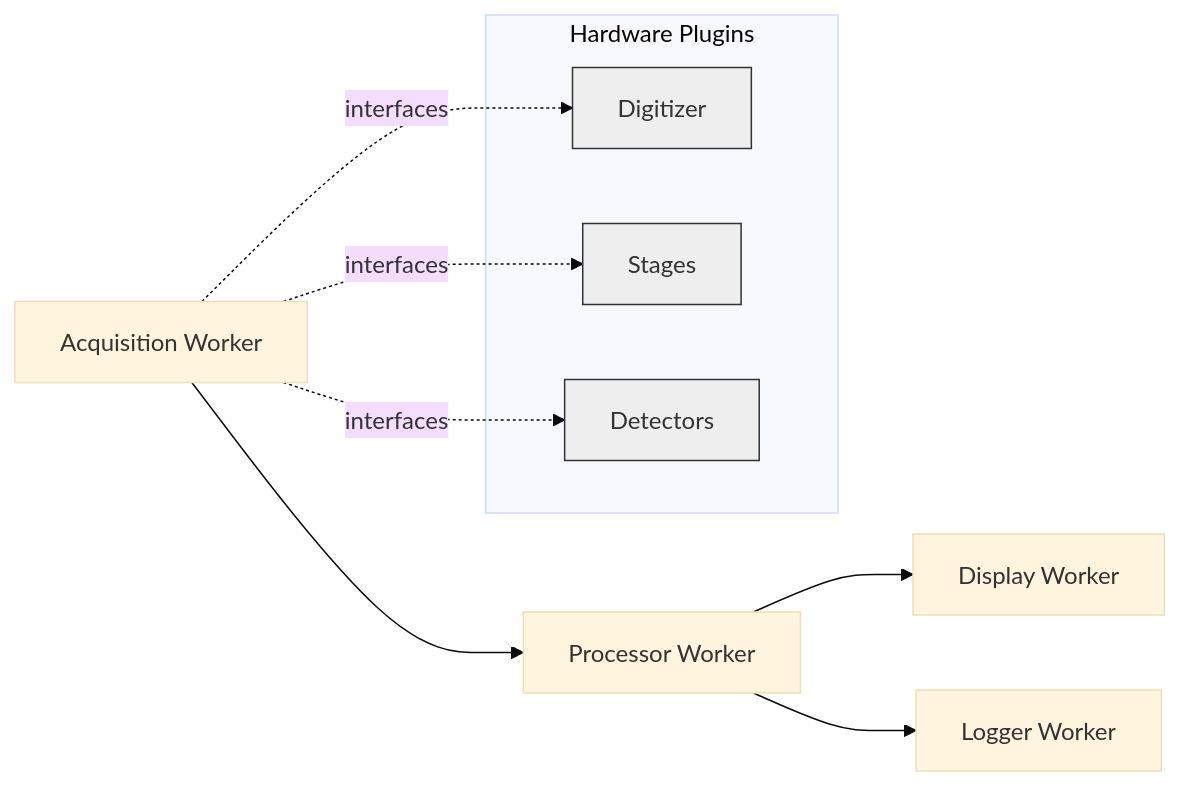
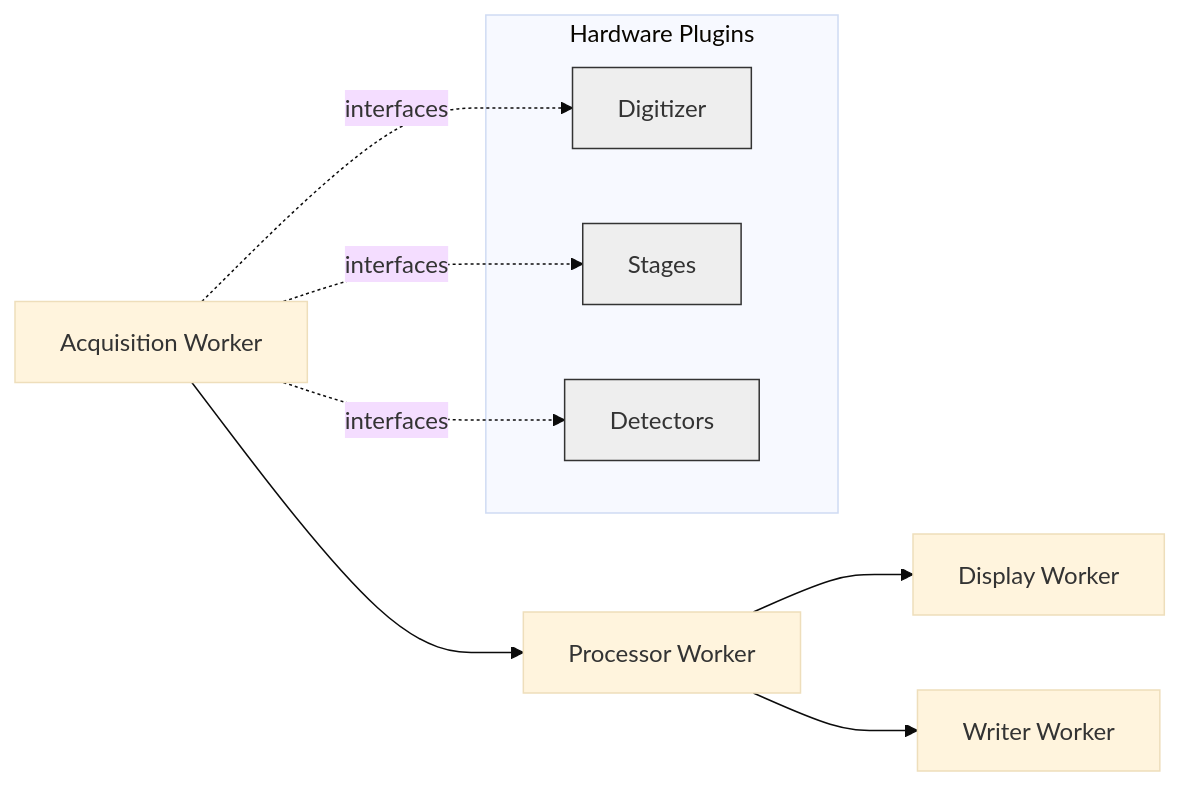
The diagram in docs/concepts/architecture.md (dirigo-developers/dirigo), drawn with Mermaid (base theme) before and after one commit. The commit also changed 17 other files, not shown here.

Commit message:
renamed Logger to Writer

````diff
--- a/docs/concepts/architecture.md
+++ b/docs/concepts/architecture.md
@@ -6,15 +6,15 @@
 ```mermaid
 flowchart LR
   A[Acquisition Worker] --> B[Processor Worker]
   B --> C[Display Worker]
-  B --> D[Logger Worker]
+  B --> D[Writer Worker]
   subgraph Hardware Plugins
     H1[Digitizer]:::hw
     H2[Stages]:::hw
     H3[Detectors]:::hw
   end
   A -. interfaces .-> H1
   A -. interfaces .-> H2
   A -. interfaces .-> H3
   classDef hw fill:#eee,stroke:#333,stroke-width:1px;
 ```
````
